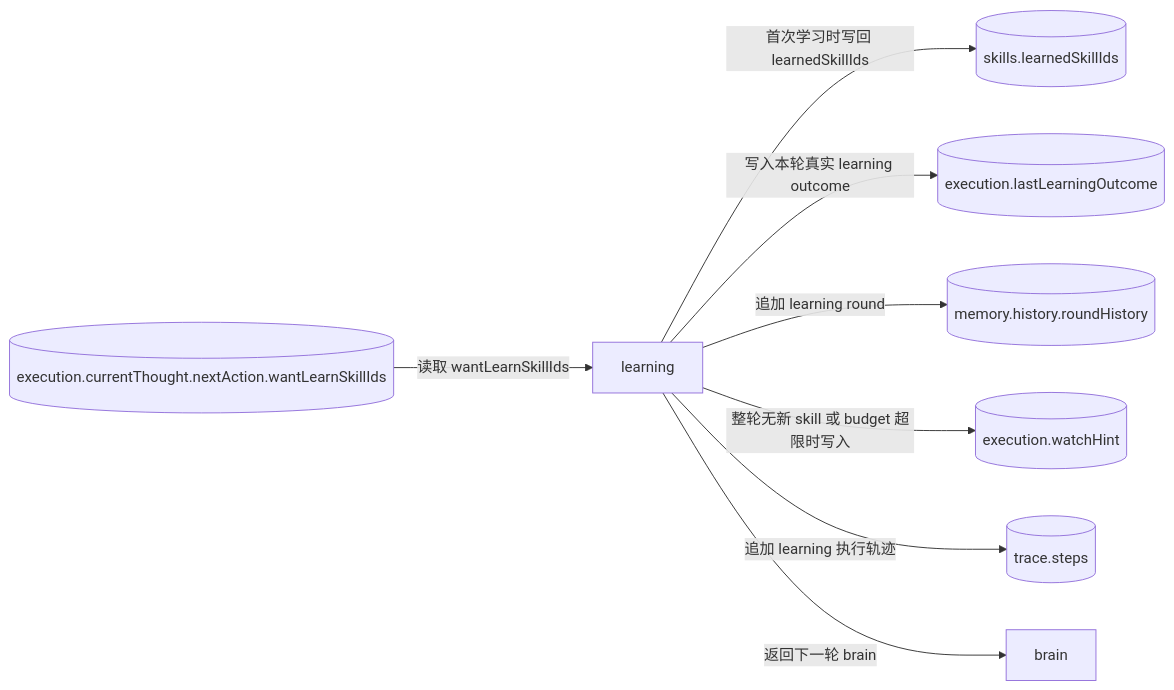
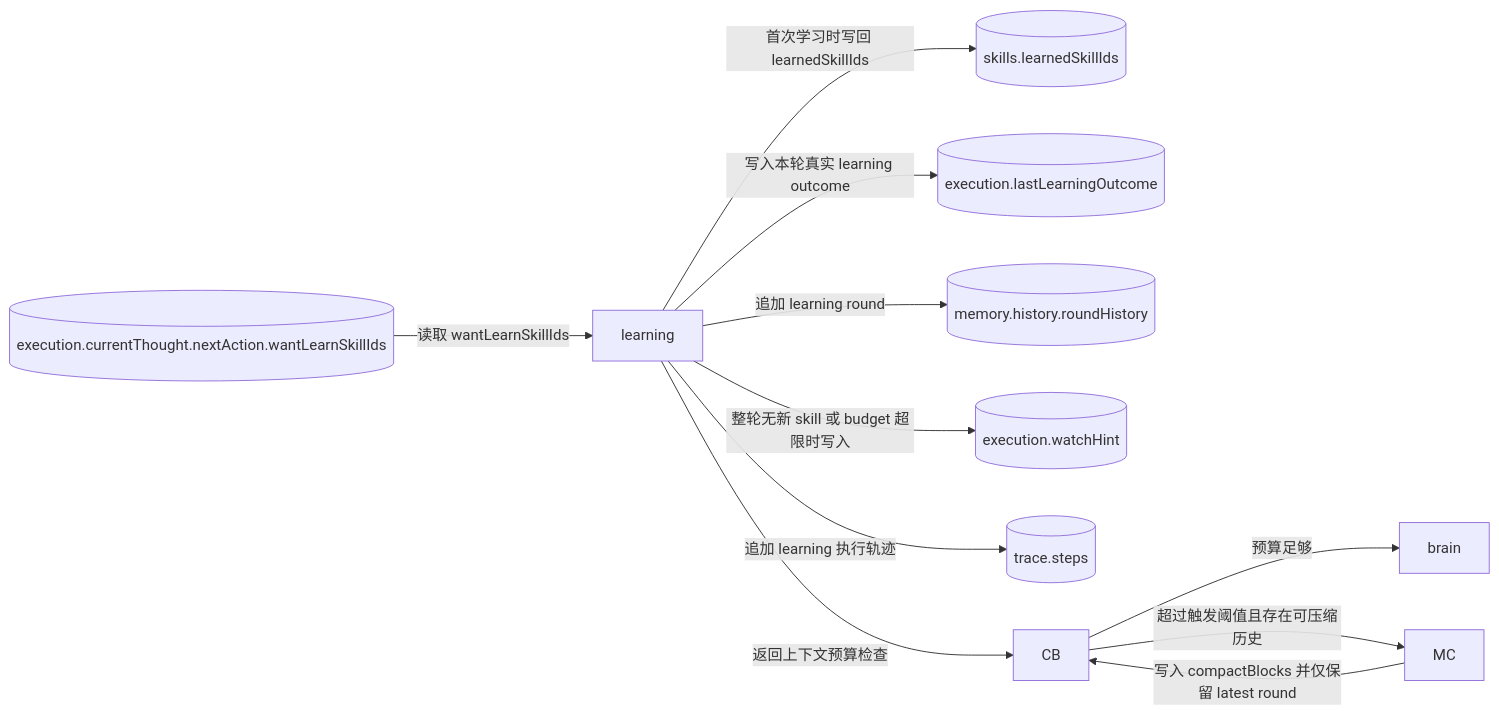
The third of 5 diagrams in doc/ai-design/data-definition-and-flow.md (Yoan98/Ncurator), drawn with Mermaid before and after one commit. The commit also changed other lines of this file and 55 other files, not shown here.

````diff
--- a/doc/ai-design/data-definition-and-flow.md
+++ b/doc/ai-design/data-definition-and-flow.md
@@ -1093,19 +1139,22 @@
 ```mermaid
 flowchart LR
     CD[("execution.currentThought.nextAction.wantLearnSkillIds")]
     L["learning"]
     SK[("skills.learnedSkillIds")]
     LLO[("execution.lastLearningOutcome")]
     PM[("memory.history.roundHistory")]
     WH[("execution.watchHint")]
     TR[("trace.steps")]
     B["brain"]
 
     CD -->|读取 wantLearnSkillIds| L
     L -->|首次学习时写回 learnedSkillIds| SK
     L -->|写入本轮真实 learning outcome| LLO
     L -->|追加 learning round| PM
     L -->|整轮无新 skill 或 budget 超限时写入| WH
     L -->|追加 learning 执行轨迹| TR
-    L -->|返回下一轮 brain| B
+    L -->|返回上下文预算检查| CB
+    CB -->|预算足够| B
+    CB -->|超过触发阈值且存在可压缩历史| MC
+    MC -->|写入 compactBlocks 并仅保留 latest round| CB
 ```
````
